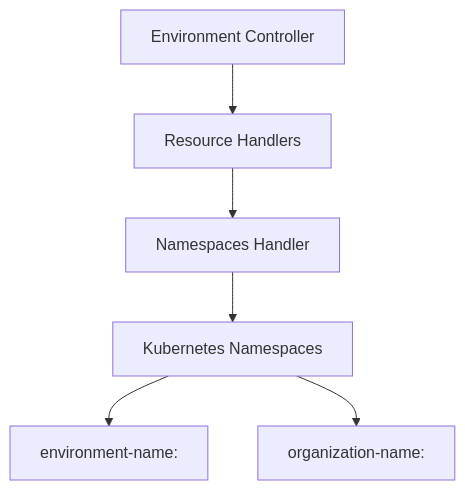
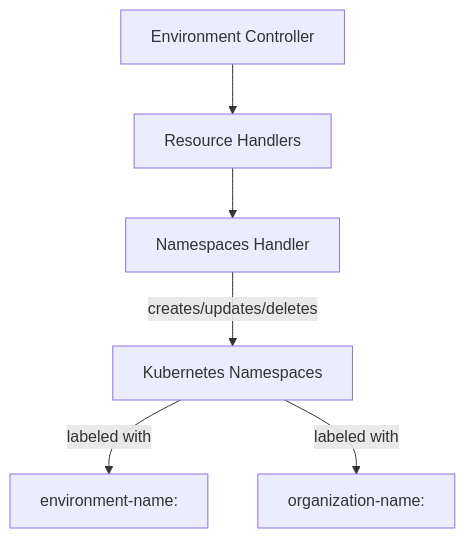
The fourth of 5 diagrams in docs/deepwiki/Build-and-Deployment-Resources.md (openchoreo/openchoreo), drawn with Mermaid before and after one commit. The commit also changed other lines of this file and 85 other files, not shown here.

Commit message:
feat: Add new workflow and specification templates, update Helm chart dependencies, and clarify documentation diagrams.

````diff
--- a/docs/deepwiki/Build-and-Deployment-Resources.md
+++ b/docs/deepwiki/Build-and-Deployment-Resources.md
@@ -260,16 +260,16 @@
 ```mermaid
 flowchart TD
 
 EC["Environment Controller"]
 RH["Resource Handlers"]
 NH["Namespaces Handler"]
 NS["Kubernetes Namespaces"]
 ENV["environment-name:"]
 ORG["organization-name:"]
 
 EC --> RH
 RH --> NH
-NH --> NS
-NS --> ENV
-NS --> ORG
+NH -->|"creates/updates/deletes"| NS
+NS -->|"labeled with"| ENV
+NS -->|"labeled with"| ORG
 ```
````
